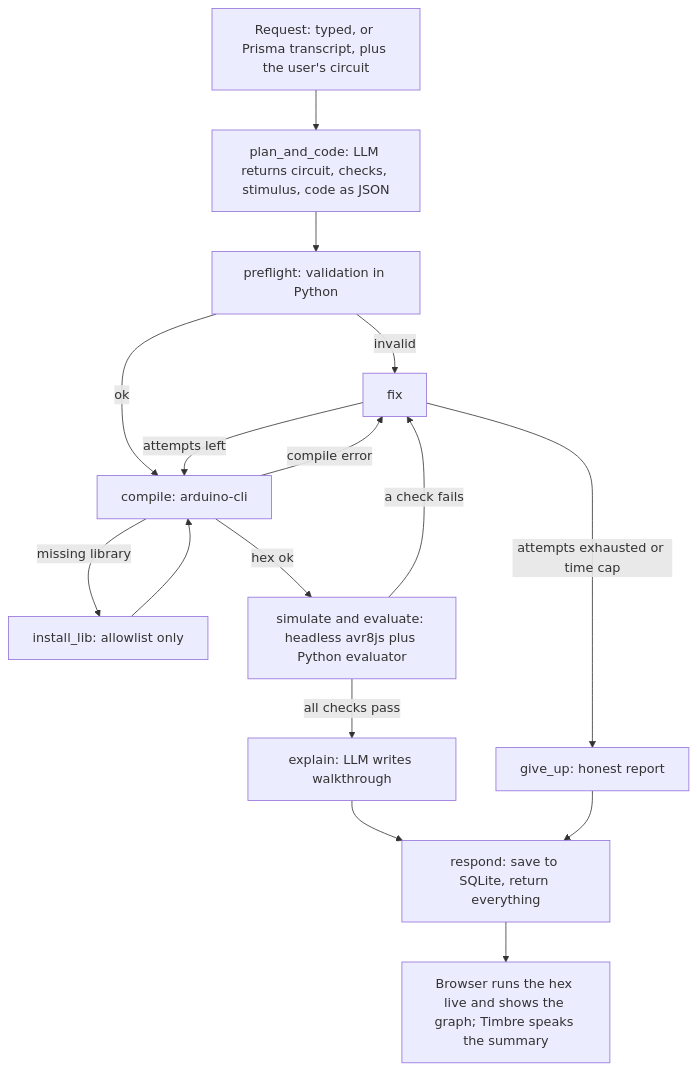
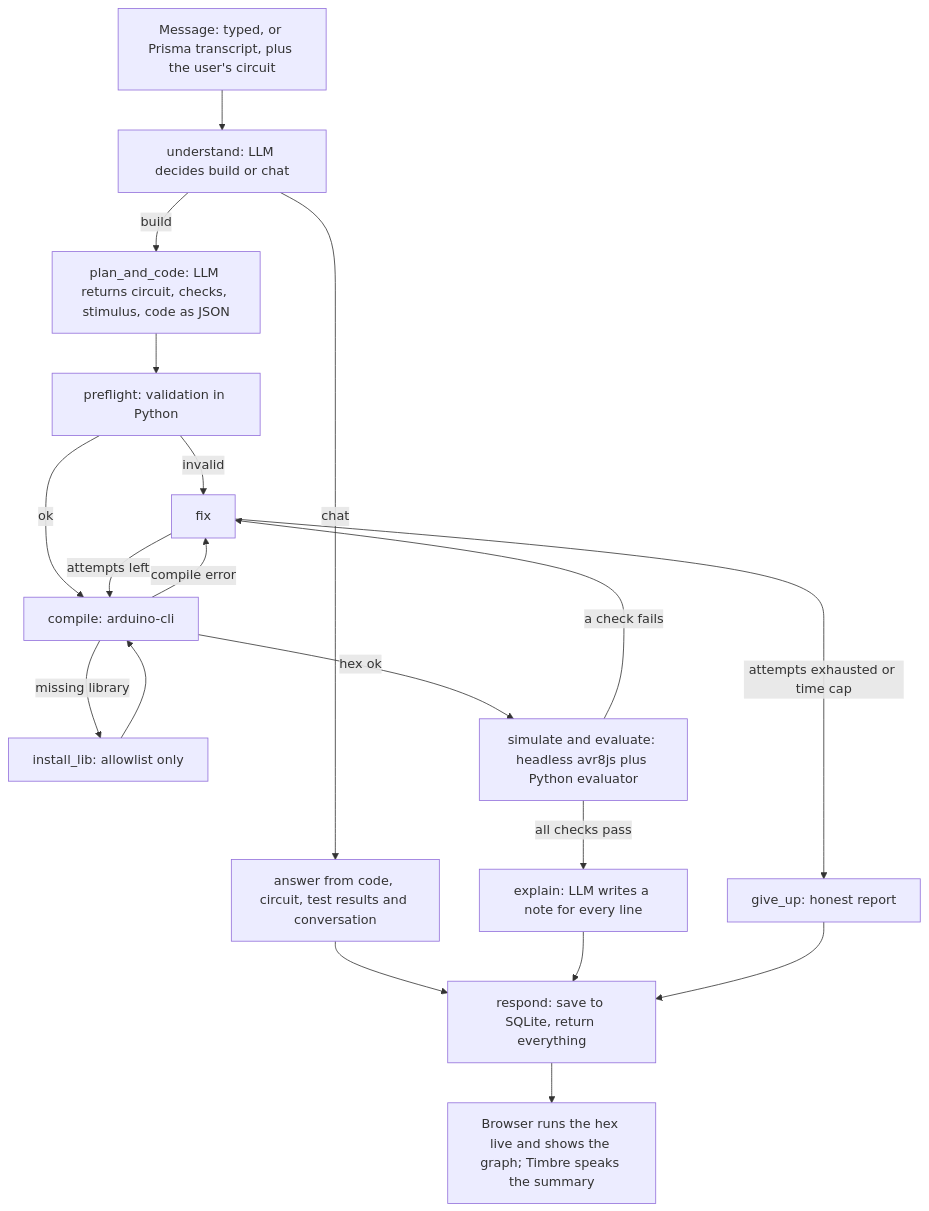
Before and after one commit to nitinsk0920/GnaniAI_voice_to_hardware_SIM: the diagram in WORKFLOW.md, drawn with Mermaid. The commit also changed other lines of this file and 18 other files, not shown here.

First line of the commit message:
Chat with the agent: questions, line-by-line explanations, session restore

````diff
--- a/WORKFLOW.md
+++ b/WORKFLOW.md
@@ -27,18 +28,21 @@
 ```mermaid
 flowchart TD
-    A[Request: typed, or Prisma transcript, plus the user's circuit] --> B[plan_and_code: LLM returns circuit, checks, stimulus, code as JSON]
+    A[Message: typed, or Prisma transcript, plus the user's circuit] --> U[understand: LLM decides build or chat]
+    U -->|chat| R[answer from code, circuit, test results and conversation]
+    R --> I
+    U -->|build| B[plan_and_code: LLM returns circuit, checks, stimulus, code as JSON]
     B --> C[preflight: validation in Python]
     C -->|invalid| F[fix]
     C -->|ok| D[compile: arduino-cli]
     D -->|missing library| L[install_lib: allowlist only]
     L --> D
     D -->|compile error| F
     D -->|hex ok| E[simulate and evaluate: headless avr8js plus Python evaluator]
     E -->|a check fails| F
-    E -->|all checks pass| G[explain: LLM writes walkthrough]
+    E -->|all checks pass| G[explain: LLM writes a note for every line]
     F -->|attempts left| D
     F -->|attempts exhausted or time cap| H[give_up: honest report]
     G --> I[respond: save to SQLite, return everything]
     H --> I
     I --> J[Browser runs the hex live and shows the graph; Timbre speaks the summary]
 ```
````
